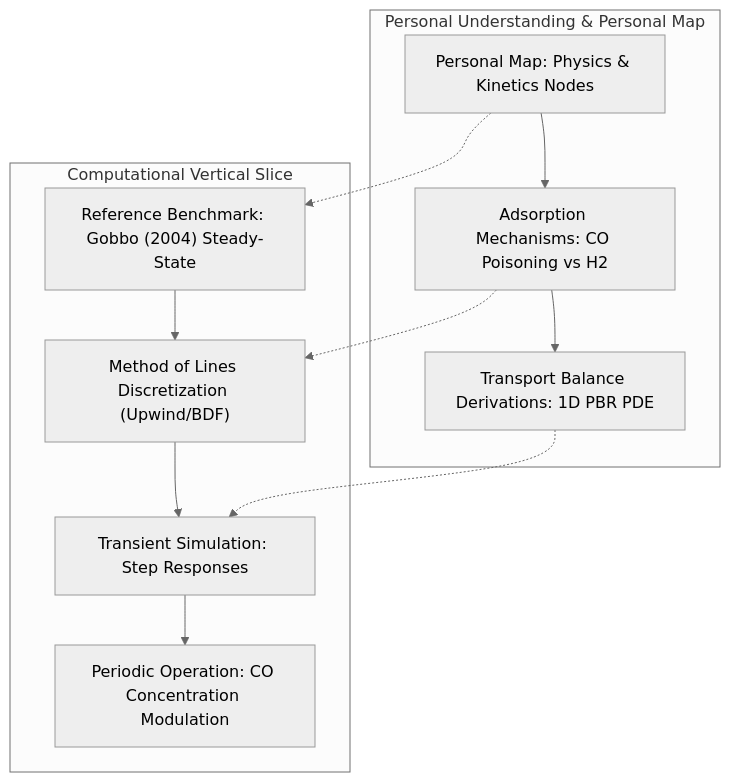
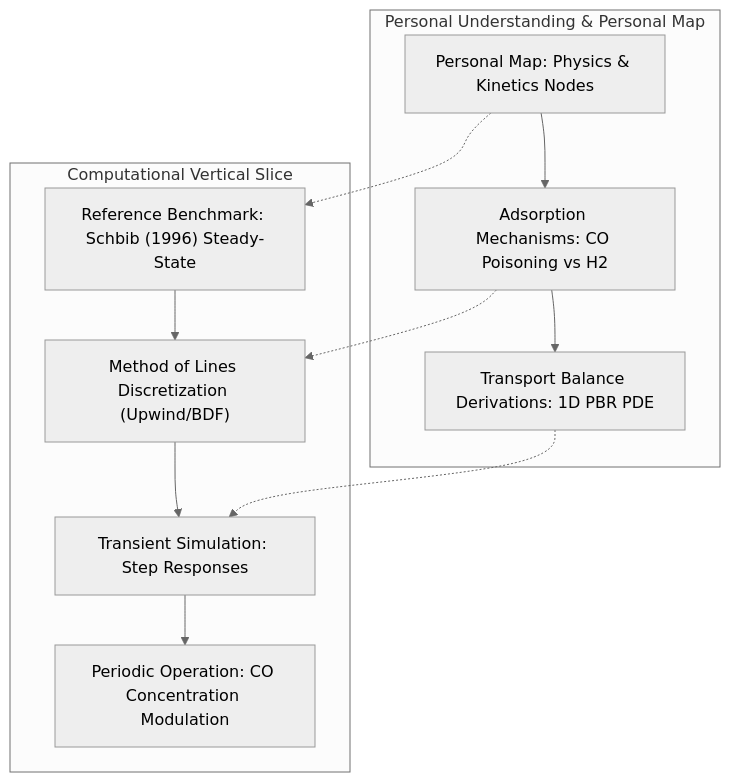
The diagram in Structure.md (AsapLoso/BEP-Catalysis), drawn with Mermaid (neutral theme) before and after one commit. The commit also changed other lines of this file and 2 other files, not shown here.

Commit message:
docs(literature): purge Gobbo in favor of primary ground truth Schbib 1996 and Larsen 2024

````diff
--- a/Structure.md
+++ b/Structure.md
@@ -62,15 +62,15 @@
 ```mermaid
 flowchart TD
     subgraph Personal Understanding & Personal Map
         M1["Personal Map: Physics & Kinetics Nodes"] --> M2["Adsorption Mechanisms: CO Poisoning vs H2"]
         M2 --> M3["Transport Balance Derivations: 1D PBR PDE"]
     end
     subgraph Computational Vertical Slice
-        C1["Reference Benchmark: Gobbo (2004) Steady-State"] --> C2["Method of Lines Discretization (Upwind/BDF)"]
+        C1["Reference Benchmark: Schbib (1996) Steady-State"] --> C2["Method of Lines Discretization (Upwind/BDF)"]
         C2 --> C3["Transient Simulation: Step Responses"]
         C3 --> C4["Periodic Operation: CO Concentration Modulation"]
     end
     M1 -.-> C1
     M2 -.-> C2
     M3 -.-> C3
 ```
````
